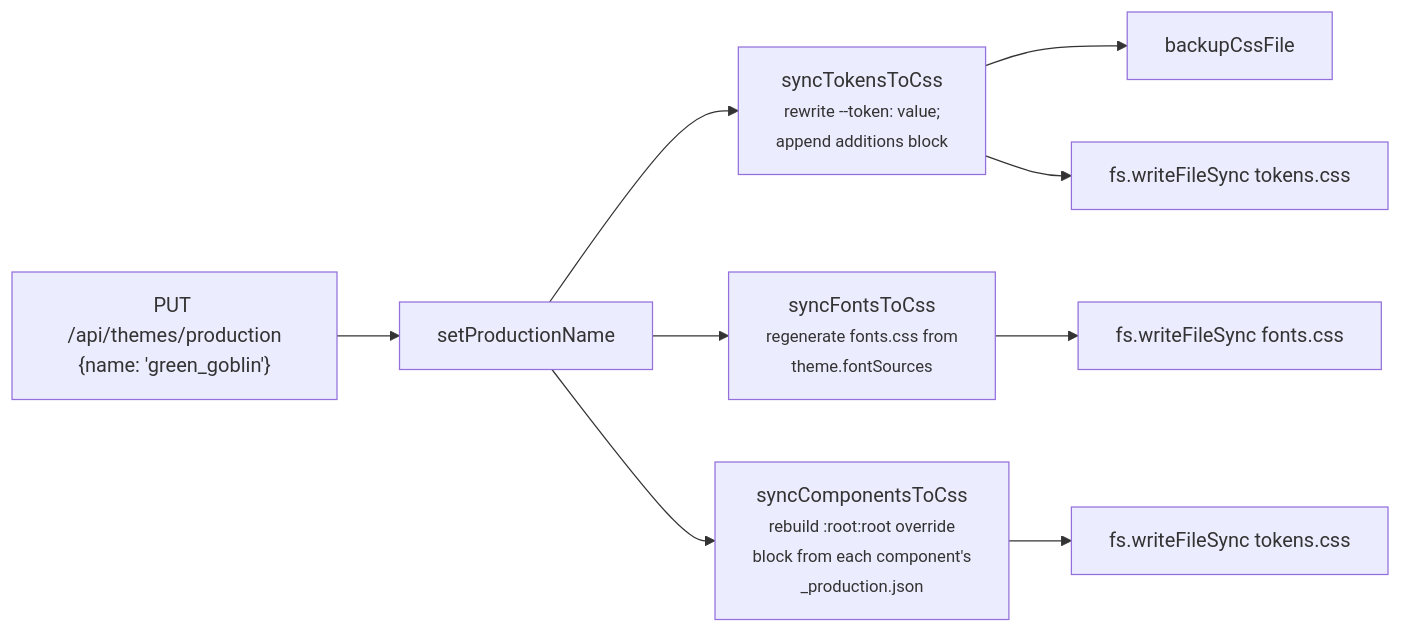
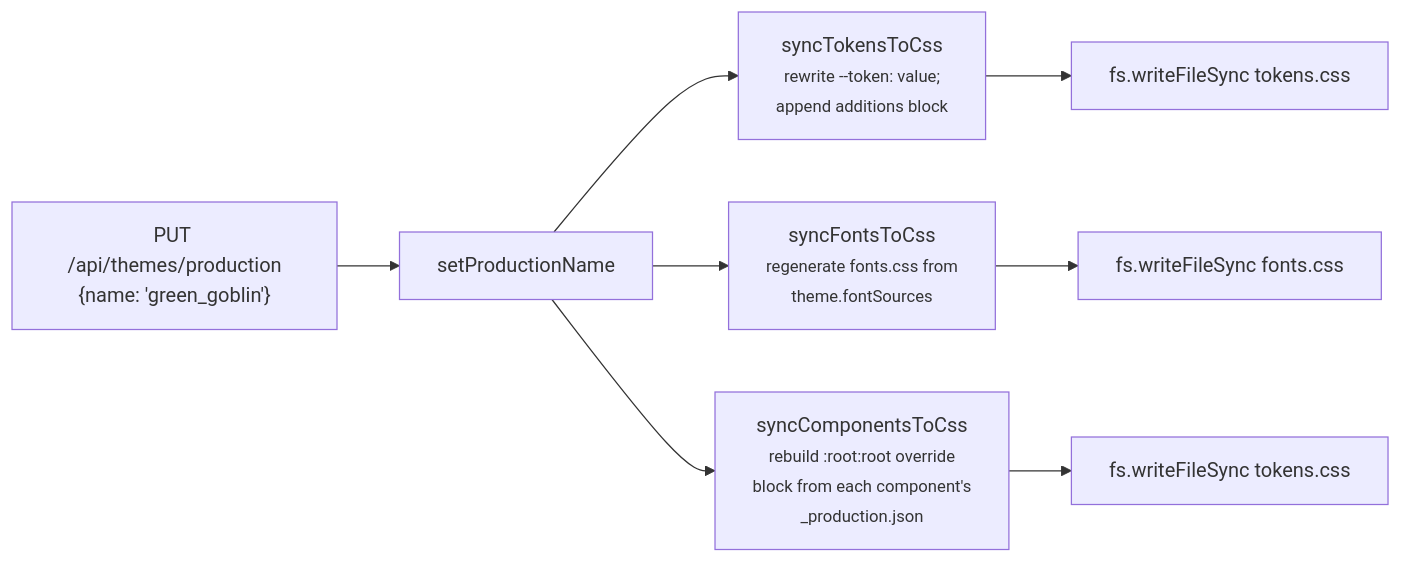
The second of 3 diagrams in docs/06-dev-server-plugin.md (motionproto/live-tokens), drawn with Mermaid before and after one commit. The commit also changed other lines of this file and 65 other files, not shown here.

````diff
--- a/docs/06-dev-server-plugin.md
+++ b/docs/06-dev-server-plugin.md
@@ -166,12 +146,11 @@
 ```mermaid
 flowchart LR
     Promote["PUT /api/themes/production<br/>{name: 'green_goblin'}"]
     Promote --> SetProd[setProductionName]
     SetProd --> SyncTokens["syncTokensToCss<br/><small>rewrite --token: value;<br/>append additions block</small>"]
     SetProd --> SyncFonts["syncFontsToCss<br/><small>regenerate fonts.css from<br/>theme.fontSources</small>"]
     SetProd --> SyncComps["syncComponentsToCss<br/><small>rebuild :root:root override<br/>block from each component's<br/>_production.json</small>"]
-    SyncTokens --> Backup1[backupCssFile]
     SyncTokens --> WriteCss[fs.writeFileSync tokens.css]
     SyncFonts --> WriteFonts[fs.writeFileSync fonts.css]
     SyncComps --> WriteCss2[fs.writeFileSync tokens.css]
 ```
````
